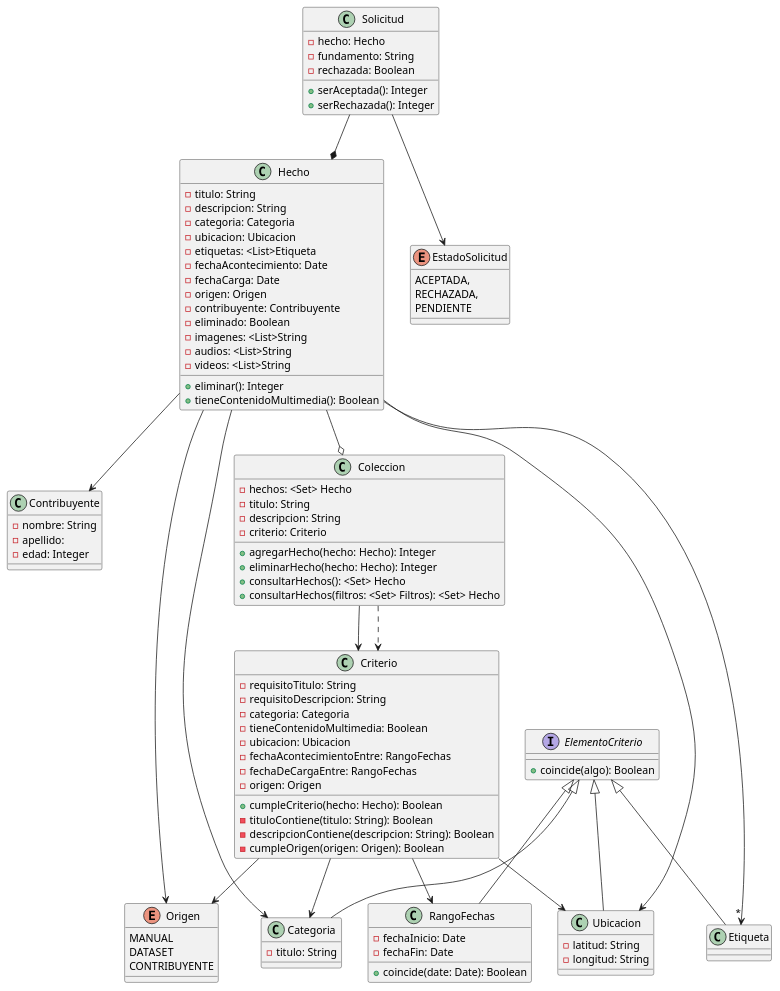
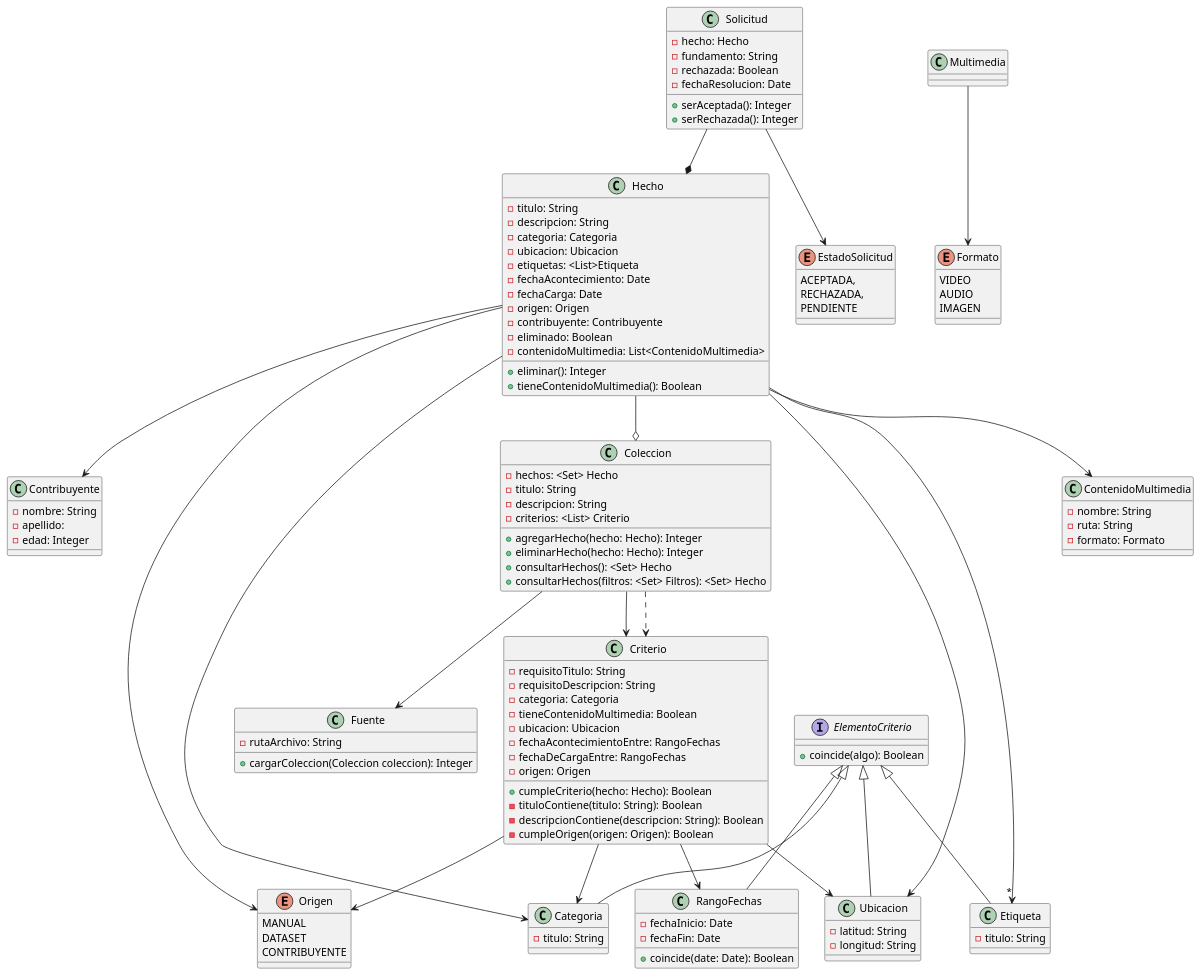
One commit to BrunoRodriguezzz/tp-dsi changed the diagram in DiagramaDeClases-1°Entrega.puml. Above: the diagram before and after it, drawn with PlantUML. The commit also changed 12 other files, not shown here.

```diff
--- a/DiagramaDeClases-1°Entrega.puml
+++ b/DiagramaDeClases-1°Entrega.puml
@@ -1,122 +1,142 @@
 @startuml
 'Hecho
 Hecho --> Contribuyente
 Hecho --> Origen
 Hecho --> Categoria
 Hecho --> Ubicacion
 Hecho -->"*" Etiqueta
 Hecho --o Coleccion
 
 Solicitud --* Hecho
 
 Coleccion --> Criterio
 Coleccion ..> Criterio
 
 'Criterio
 Criterio --> RangoFechas
 Criterio --> Origen
 Criterio --> Categoria
 Criterio --> Ubicacion
 
 Solicitud --> EstadoSolicitud
 
 'Interface
 ElementoCriterio <|-- Ubicacion
 ElementoCriterio <|-- Categoria
 ElementoCriterio <|-- Etiqueta
 ElementoCriterio <|-- RangoFechas
 
+Multimedia --> Formato
+Hecho --> ContenidoMultimedia
+Coleccion --> Fuente
+
 class Contribuyente {
     -nombre: String
     -apellido:
     -edad: Integer
 }
 
 enum EstadoSolicitud {
     ACEPTADA,
     RECHAZADA,
     PENDIENTE
+}
+
+class ContenidoMultimedia {
+    -nombre: String
+    -ruta: String
+    -formato: Formato
+}
+
+enum Formato {
+    VIDEO
+    AUDIO
+    IMAGEN
 }
 
 class Hecho {
     -titulo: String
     -descripcion: String
     -categoria: Categoria
     -ubicacion: Ubicacion
     -etiquetas: <List>Etiqueta
     -fechaAcontecimiento: Date
     -fechaCarga: Date
     -origen: Origen
     -contribuyente: Contribuyente
     -eliminado: Boolean
-    -imagenes: <List>String
-    -audios: <List>String
-    -videos: <List>String
+    -contenidoMultimedia: List<ContenidoMultimedia>
     +eliminar(): Integer
     +tieneContenidoMultimedia(): Boolean
 }
 
+class Fuente {
+    -rutaArchivo: String
+    +cargarColeccion(Coleccion coleccion): Integer
+}
+
 class Etiqueta {
-
+    -titulo: String
 }
 
 enum Origen {
     MANUAL
     DATASET
     CONTRIBUYENTE
 }
 
 class Categoria {
     -titulo: String
 }
 
 class Ubicacion {
     -latitud: String
     -longitud: String
 }
 
 class Solicitud {
     -hecho: Hecho
     -fundamento: String
     -rechazada: Boolean
+    -fechaResolucion: Date
     +serAceptada(): Integer
     +serRechazada(): Integer
 }
 
 class Coleccion {
     -hechos: <Set> Hecho
     -titulo: String
     -descripcion: String
-    -criterio: Criterio
+    -criterios: <List> Criterio
     +agregarHecho(hecho: Hecho): Integer
     +eliminarHecho(hecho: Hecho): Integer
     'Solo para representar overload
     +consultarHechos(): <Set> Hecho
     +consultarHechos(filtros: <Set> Filtros): <Set> Hecho
 }
 
 class Criterio{
     -requisitoTitulo: String
     -requisitoDescripcion: String
     -categoria: Categoria
     -tieneContenidoMultimedia: Boolean
     -ubicacion: Ubicacion
     -fechaAcontecimientoEntre: RangoFechas
     -fechaDeCargaEntre: RangoFechas
     -origen: Origen
     +cumpleCriterio(hecho: Hecho): Boolean
     -tituloContiene(titulo: String): Boolean
     -descripcionContiene(descripcion: String): Boolean
     -cumpleOrigen(origen: Origen): Boolean
 }
 
 class RangoFechas {
     -fechaInicio: Date
     -fechaFin: Date
     +coincide(date: Date): Boolean
 }
 
 interface ElementoCriterio{
     +coincide(algo): Boolean
 }
 @enduml
```
